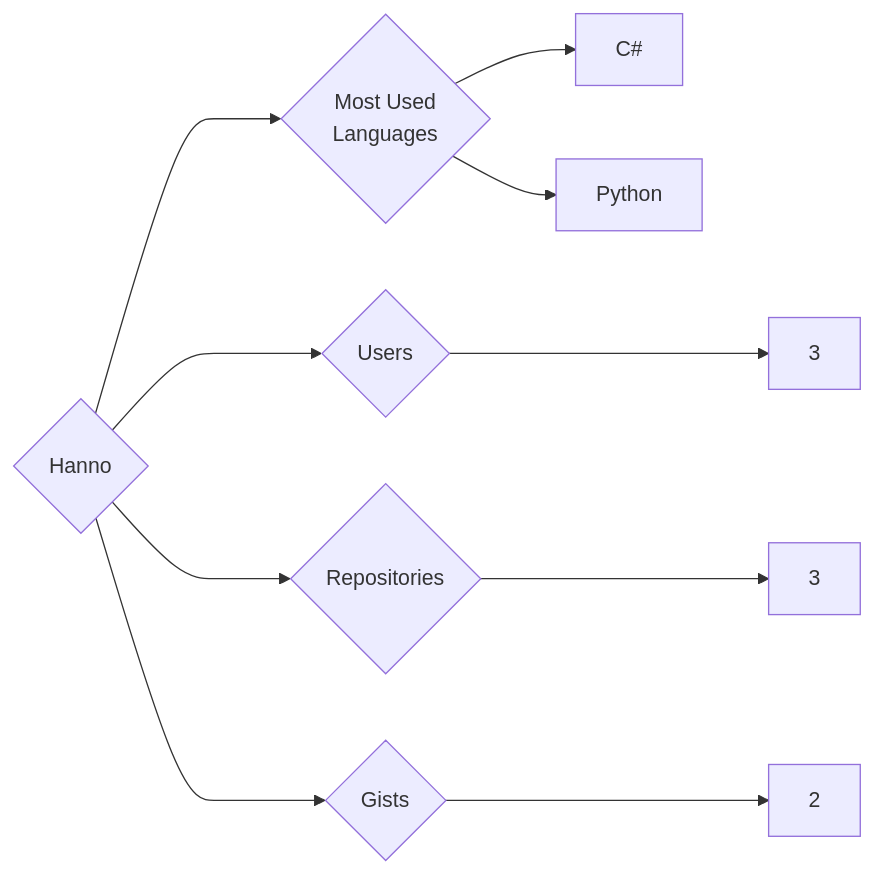
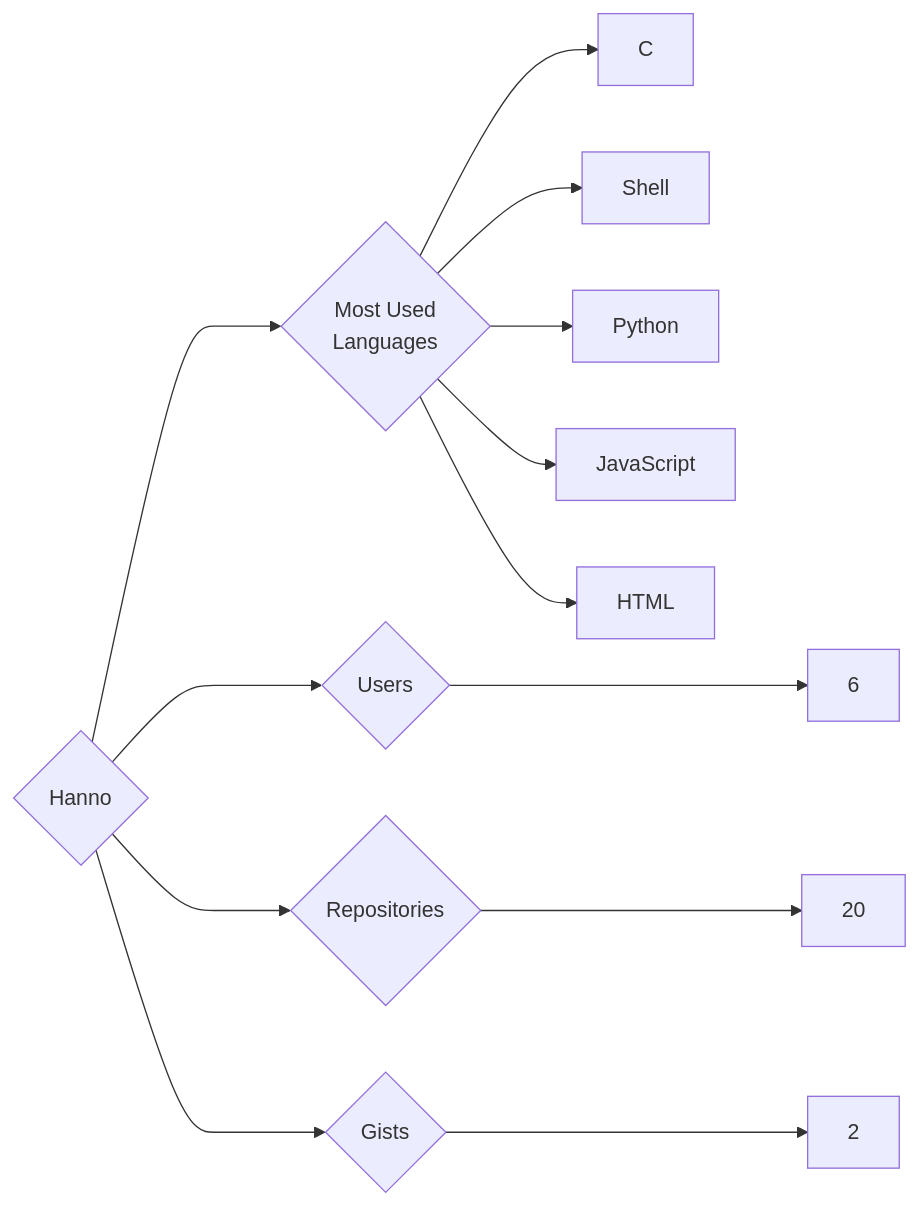
One commit to trickest/insiders changed the diagram in targets/Hanno/README.md. Above: the diagram before and after it, drawn with Mermaid. The commit also changed 925 other files, not shown here.

````diff
--- a/targets/Hanno/README.md
+++ b/targets/Hanno/README.md
@@ -3,10 +3,13 @@
 ```mermaid
 graph LR
 COMPANY_NAME{Hanno}
-COMPANY_NAME ---> U{Users} ---> UN[3]
-COMPANY_NAME ---> R{Repositories} ---> RN[3]
+COMPANY_NAME ---> U{Users} ---> UN[6]
+COMPANY_NAME ---> R{Repositories} ---> RN[20]
 COMPANY_NAME ---> G{Gists} ---> GN[2]
 COMPANY_NAME ---> ML{Most Used<br>Languages}
-ML --> C#[C#]
+ML --> C[C]
+ML --> Shell[Shell]
 ML --> Python[Python]
+ML --> JavaScript[JavaScript]
+ML --> HTML[HTML]
 ```
````
